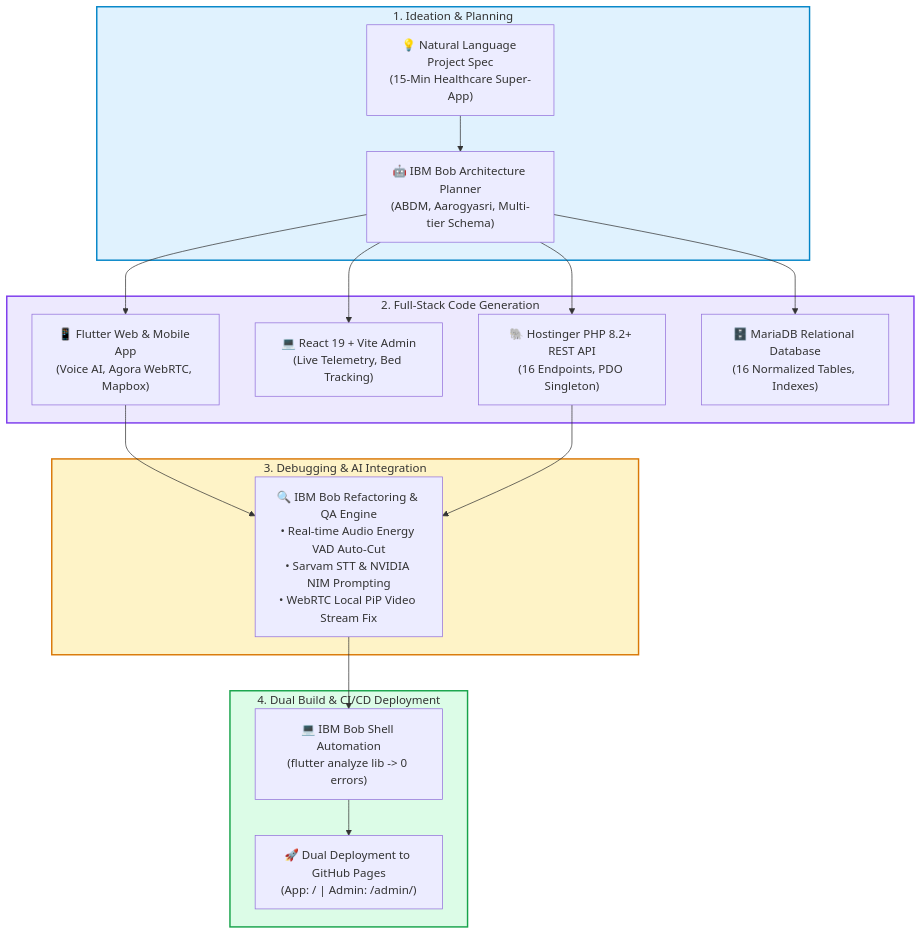
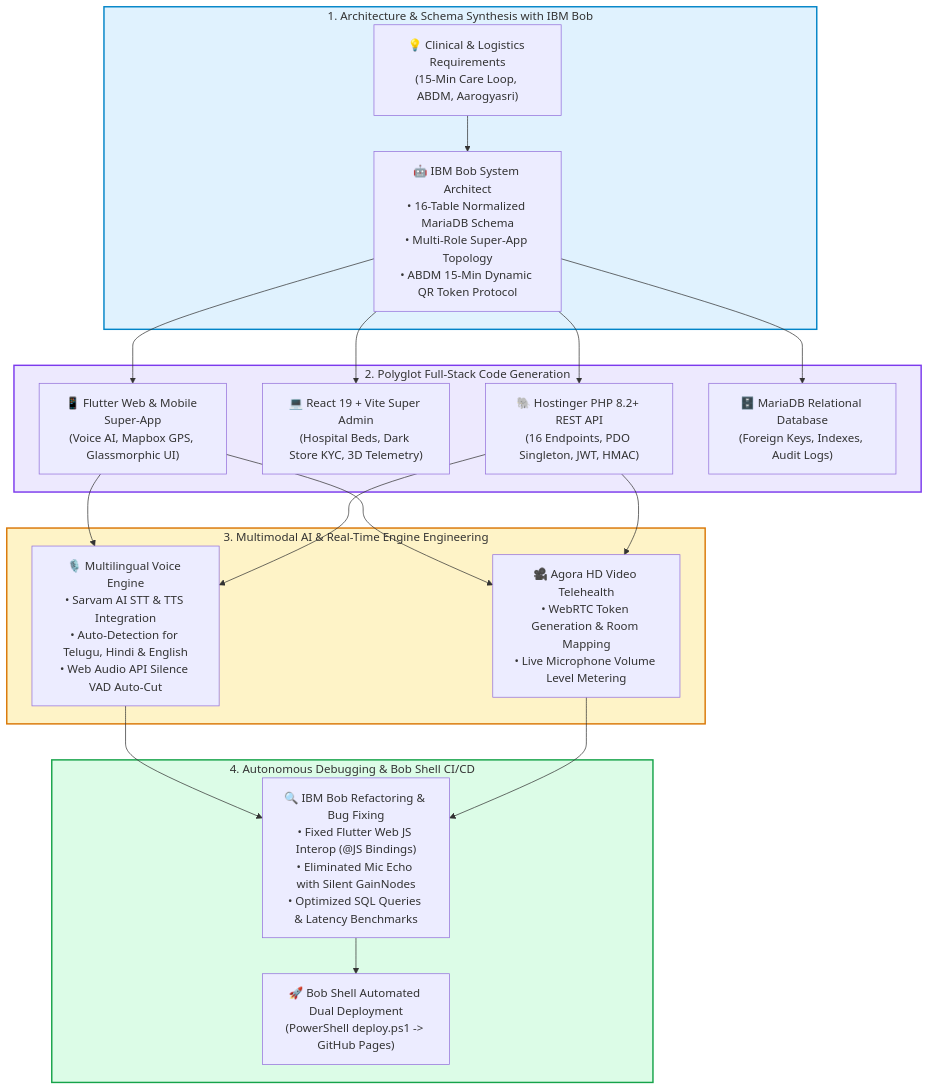
The first of 12 diagrams in README.md (pavanstarkin-tech/healthyxpress_medha), drawn with Mermaid before and after one commit. The commit also changed other lines of this file, not shown here.

Commit message:
Docs: Tailor IBM Bob section specifically to How We Used IBM Bob to Implement HealthExpress AI

````diff
--- a/README.md
+++ b/README.md
@@ -48,27 +32,28 @@
 ```mermaid
 flowchart TD
-    subgraph Phase1["1. Ideation & Planning"]
-        Idea["💡 Natural Language Project Spec<br/>(15-Min Healthcare Super-App)"] --> BobPlan["🤖 IBM Bob Architecture Planner<br/>(ABDM, Aarogyasri, Multi-tier Schema)"]
+    subgraph BobArchitecture["1. Architecture & Schema Synthesis with IBM Bob"]
+        Spec["💡 Clinical & Logistics Requirements<br/>(15-Min Care Loop, ABDM, Aarogyasri)"] --> BobArch["🤖 IBM Bob System Architect<br/>• 16-Table Normalized MariaDB Schema<br/>• Multi-Role Super-App Topology<br/>• ABDM 15-Min Dynamic QR Token Protocol"]
     end
 
-    subgraph Phase2["2. Full-Stack Code Generation"]
-        BobPlan --> BobFlutter["📱 Flutter Web & Mobile App<br/>(Voice AI, Agora WebRTC, Mapbox)"]
-        BobPlan --> BobReact["💻 React 19 + Vite Admin<br/>(Live Telemetry, Bed Tracking)"]
-        BobPlan --> BobPHP["🐘 Hostinger PHP 8.2+ REST API<br/>(16 Endpoints, PDO Singleton)"]
-        BobPlan --> BobDB["🗄️ MariaDB Relational Database<br/>(16 Normalized Tables, Indexes)"]
+    subgraph BobCodeGen["2. Polyglot Full-Stack Code Generation"]
+        BobArch --> BobFlutter["📱 Flutter Web & Mobile Super-App<br/>(Voice AI, Mapbox GPS, Glassmorphic UI)"]
+        BobArch --> BobReact["💻 React 19 + Vite Super Admin<br/>(Hospital Beds, Dark Store KYC, 3D Telemetry)"]
+        BobArch --> BobPHP["🐘 Hostinger PHP 8.2+ REST API<br/>(16 Endpoints, PDO Singleton, JWT, HMAC)"]
+        BobArch --> BobSQL["🗄️ MariaDB Relational Database<br/>(Foreign Keys, Indexes, Audit Logs)"]
     end
 
-    subgraph Phase3["3. Debugging & AI Integration"]
-        BobFlutter & BobPHP --> BobDebug["🔍 IBM Bob Refactoring & QA Engine<br/>• Real-time Audio Energy VAD Auto-Cut<br/>• Sarvam STT & NVIDIA NIM Prompting<br/>• WebRTC Local PiP Video Stream Fix"]
+    subgraph BobAIIntegration["3. Multimodal AI & Real-Time Engine Engineering"]
+        BobFlutter & BobPHP --> BobVoice["🎙️ Multilingual Voice Engine<br/>• Sarvam AI STT & TTS Integration<br/>• Auto-Detection for Telugu, Hindi & English<br/>• Web Audio API Silence VAD Auto-Cut"]
+        BobFlutter & BobPHP --> BobWebRTC["🎥 Agora HD Video Telehealth<br/>• WebRTC Token Generation & Room Mapping<br/>• Live Microphone Volume Level Metering"]
     end
 
-    subgraph Phase4["4. Dual Build & CI/CD Deployment"]
-        BobDebug --> BobShell["💻 IBM Bob Shell Automation<br/>(flutter analyze lib -> 0 errors)"]
-        BobShell --> Deploy["🚀 Dual Deployment to GitHub Pages<br/>(App: / | Admin: /admin/)"]
+    subgraph BobQA["4. Autonomous Debugging & Bob Shell CI/CD"]
+        BobVoice & BobWebRTC --> BobFix["🔍 IBM Bob Refactoring & Bug Fixing<br/>• Fixed Flutter Web JS Interop (@JS Bindings)<br/>• Eliminated Mic Echo with Silent GainNodes<br/>• Optimized SQL Queries & Latency Benchmarks"]
+        BobFix --> BobDeploy["🚀 Bob Shell Automated Dual Deployment<br/>(PowerShell deploy.ps1 -> GitHub Pages)"]
     end
 
-    style Phase1 fill:#E0F2FE,stroke:#0284C7,stroke-width:2px
-    style Phase2 fill:#EDE9FE,stroke:#7C3AED,stroke-width:2px
-    style Phase3 fill:#FEF3C7,stroke:#D97706,stroke-width:2px
-    style Phase4 fill:#DCFCE7,stroke:#16A34A,stroke-width:2px
+    style BobArchitecture fill:#E0F2FE,stroke:#0284C7,stroke-width:2px
+    style BobCodeGen fill:#EDE9FE,stroke:#7C3AED,stroke-width:2px
+    style BobAIIntegration fill:#FEF3C7,stroke:#D97706,stroke-width:2px
+    style BobQA fill:#DCFCE7,stroke:#16A34A,stroke-width:2px
 ```
````
